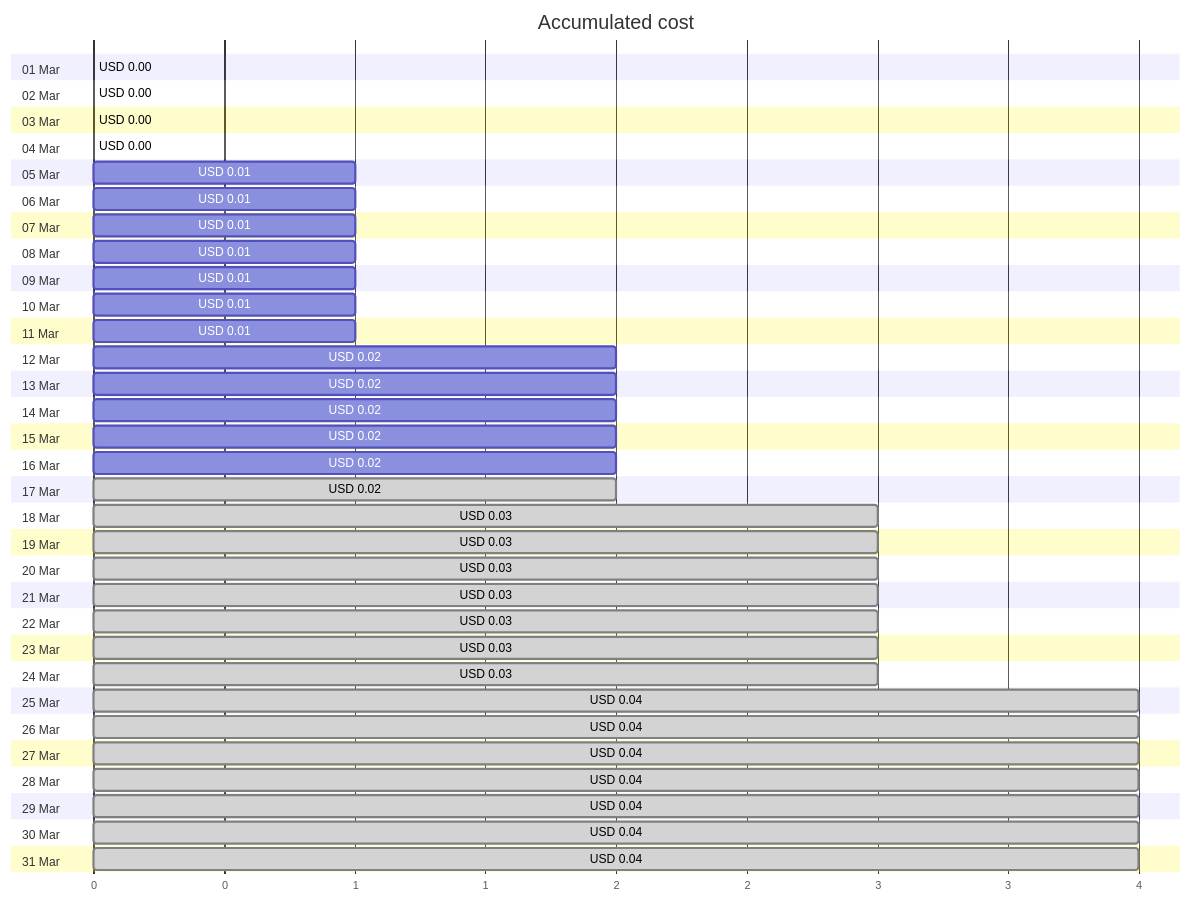
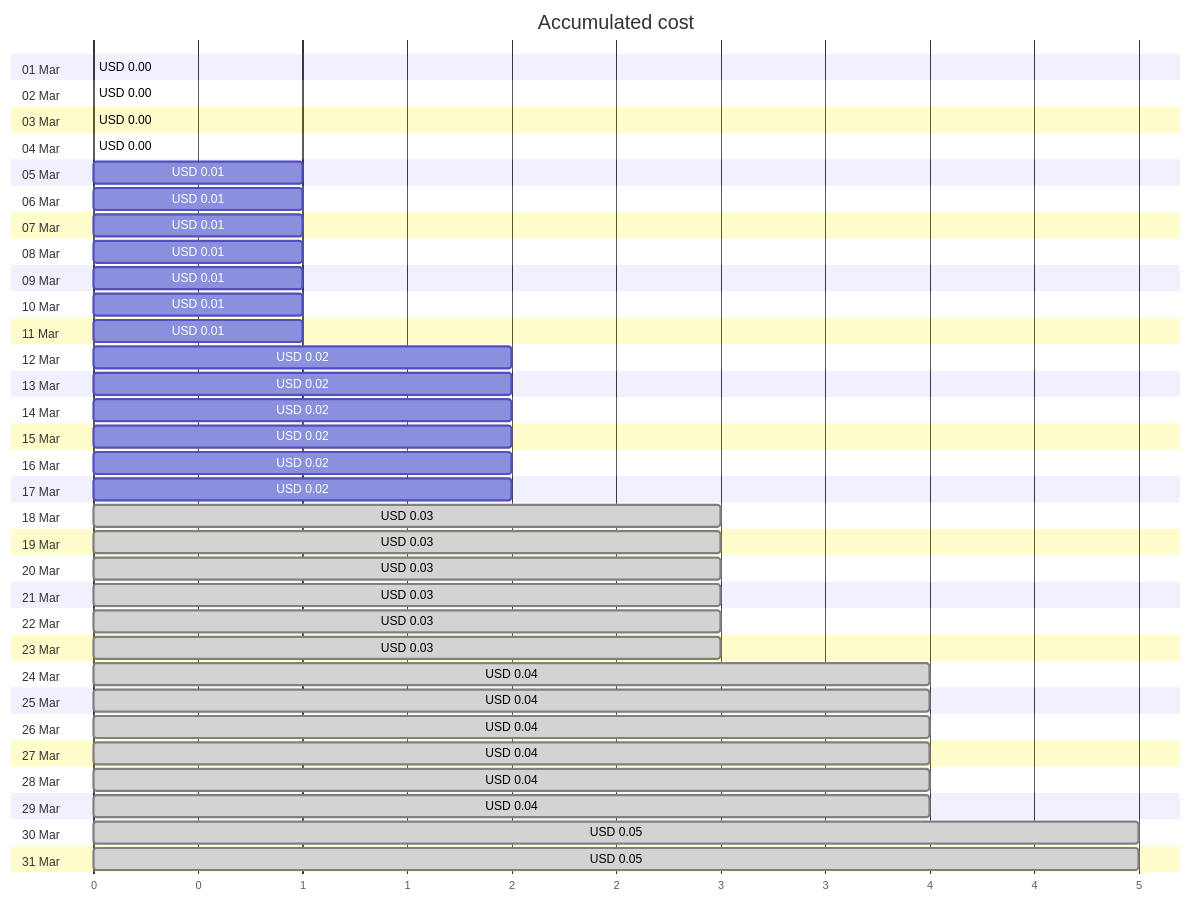
One commit to jpfulton/azure-personal-reports changed the first of 4 diagrams in cost-reports/personal-site/personalsiteapistorage.md. Above: the diagram before and after it, drawn with Mermaid. The commit also changed other lines of this file and 6 other files, not shown here.

````diff
--- a/cost-reports/personal-site/personalsiteapistorage.md
+++ b/cost-reports/personal-site/personalsiteapistorage.md
@@ -20,68 +20,68 @@
 ```mermaid
 gantt
    title Accumulated cost
    dateFormat  X
    axisFormat %s
    section 01 Mar
    USD 0.00 :0, 0
    section 02 Mar
    USD 0.00 :0, 0
    section 03 Mar
    USD 0.00 :0, 0
    section 04 Mar
    USD 0.00 :0, 0
    section 05 Mar
    USD 0.01 :0, 1
    section 06 Mar
    USD 0.01 :0, 1
    section 07 Mar
    USD 0.01 :0, 1
    section 08 Mar
    USD 0.01 :0, 1
    section 09 Mar
    USD 0.01 :0, 1
    section 10 Mar
    USD 0.01 :0, 1
    section 11 Mar
    USD 0.01 :0, 1
    section 12 Mar
    USD 0.02 :0, 2
    section 13 Mar
    USD 0.02 :0, 2
    section 14 Mar
    USD 0.02 :0, 2
    section 15 Mar
    USD 0.02 :0, 2
    section 16 Mar
    USD 0.02 :0, 2
    section 17 Mar
-   USD 0.02 : done, 0, 2
+   USD 0.02 :0, 2
    section 18 Mar
    USD 0.03 : done, 0, 3
    section 19 Mar
    USD 0.03 : done, 0, 3
    section 20 Mar
    USD 0.03 : done, 0, 3
    section 21 Mar
    USD 0.03 : done, 0, 3
    section 22 Mar
    USD 0.03 : done, 0, 3
    section 23 Mar
    USD 0.03 : done, 0, 3
    section 24 Mar
-   USD 0.03 : done, 0, 3
+   USD 0.04 : done, 0, 4
    section 25 Mar
    USD 0.04 : done, 0, 4
    section 26 Mar
    USD 0.04 : done, 0, 4
    section 27 Mar
    USD 0.04 : done, 0, 4
    section 28 Mar
    USD 0.04 : done, 0, 4
    section 29 Mar
    USD 0.04 : done, 0, 4
    section 30 Mar
-   USD 0.04 : done, 0, 4
+   USD 0.05 : done, 0, 5
    section 31 Mar
-   USD 0.04 : done, 0, 4
+   USD 0.05 : done, 0, 5
 ```
````
